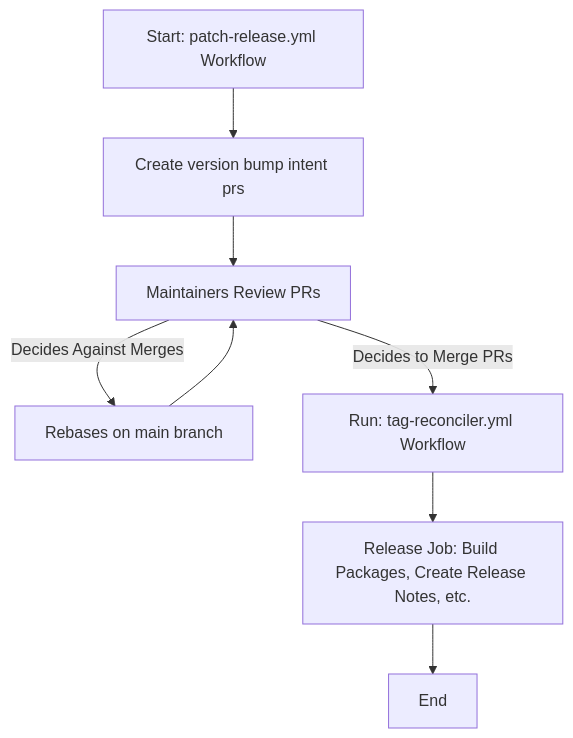
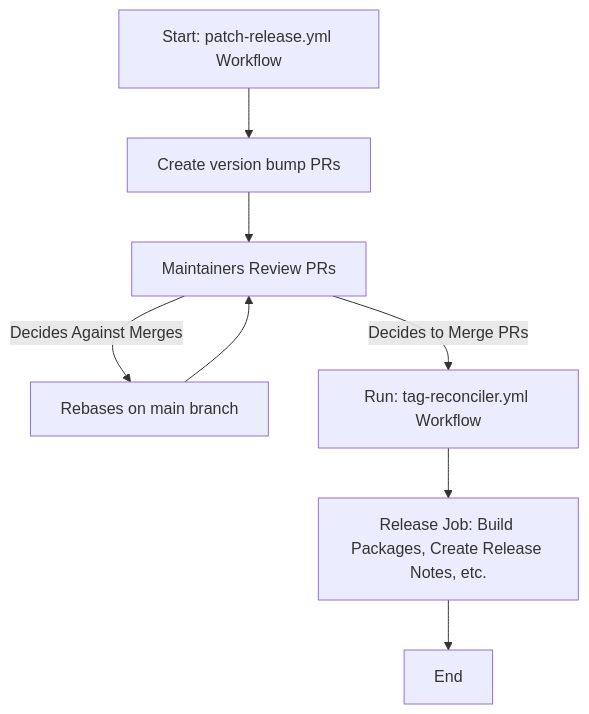
The first of 3 diagrams in scripts/automated-patch-releases.md (cri-o/cri-o), drawn with Mermaid before and after one commit.

````diff
--- a/scripts/automated-patch-releases.md
+++ b/scripts/automated-patch-releases.md
@@ -7,9 +7,9 @@
 ```mermaid
     flowchart TD
-      A[Start: patch-release.yml Workflow] --> B[Create version bump intent prs]
+      A[Start: patch-release.yml Workflow] --> B[Create version bump PRs]
       B --> C[Maintainers Review PRs]
       C -->|Decides Against Merges| E[Rebases on main branch] --> C
       C -->|Decides to Merge PRs| D[Run: tag-reconciler.yml Workflow]
       D --> F[Release Job: Build Packages, Create Release Notes, etc.]
       F --> G[End]
 ```
````
